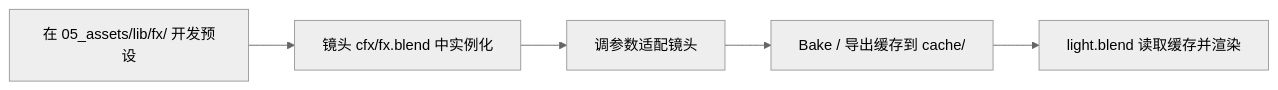
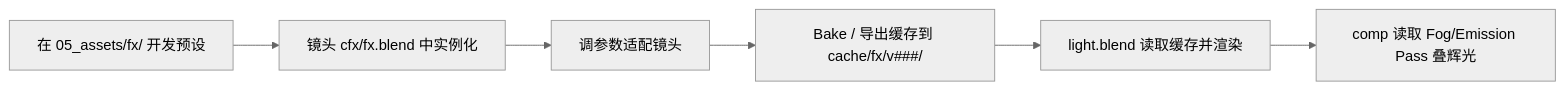
One commit to fred29910/ppsk changed the third of 3 diagrams in docs/plan.md. Above: the diagram before and after it, drawn with Mermaid (neutral theme). The commit also changed other lines of this file and 1 other file, not shown here.

````diff
--- a/docs/plan.md
+++ b/docs/plan.md
@@ -204,7 +502,8 @@
 ```mermaid
 flowchart LR
-  A["在 05_assets/lib/fx/ 开发预设"] --> B["镜头 cfx/fx.blend 中实例化"]
+  A["在 05_assets/fx/ 开发预设"] --> B["镜头 cfx/fx.blend 中实例化"]
   B --> C["调参数适配镜头"]
-  C --> D["Bake / 导出缓存到 cache/"]
+  C --> D["Bake / 导出缓存到 cache/fx/v###/"]
   D --> E["light.blend 读取缓存并渲染"]
+  E --> F["comp 读取 Fog/Emission Pass 叠辉光"]
 ```
````
